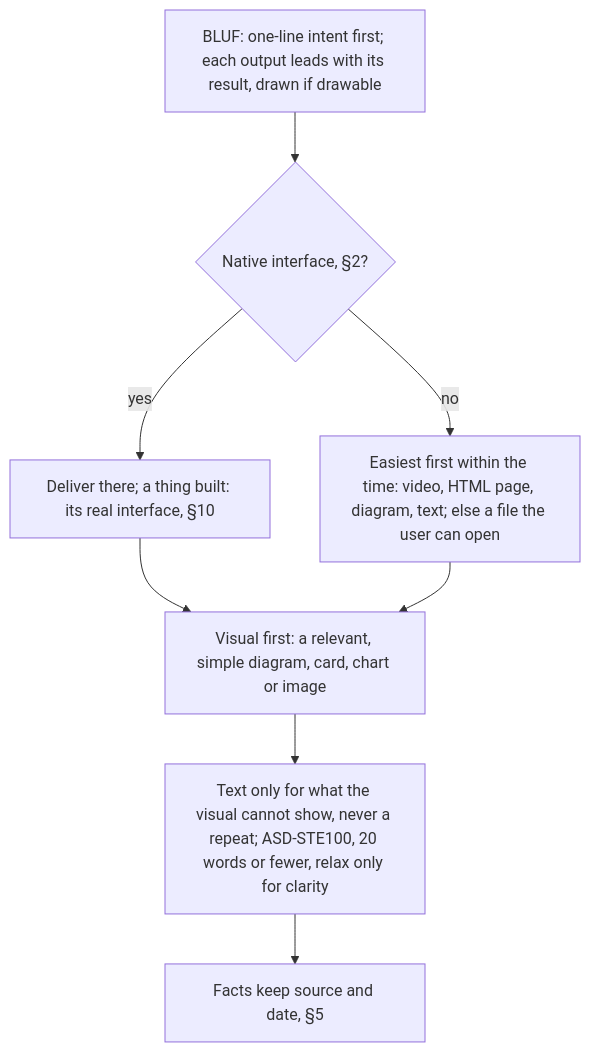
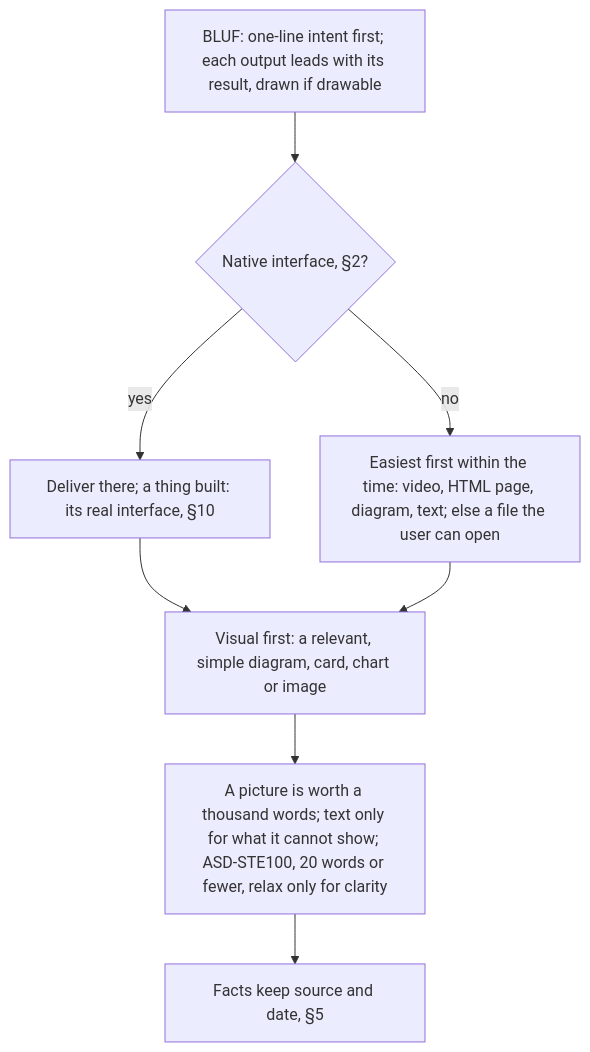
Diagram 12 of 14 in AGENTS.md (SolenixAI/arbiter), drawn with Mermaid before and after one commit. The commit also changed other lines of this file, not shown here.

First line of the commit message:
docs(agents): section 12 declares at once in the tracker; a picture is worth a thousand words (#24)

````diff
--- a/AGENTS.md
+++ b/AGENTS.md
@@ -485,10 +485,10 @@
 ```mermaid
 flowchart TD
   IL["BLUF: one-line intent first; each output leads with its result, drawn if drawable"] --> N{Native interface, §2?}
   N -->|yes| V["Deliver there; a thing built: its real interface, §10"]
   N -->|no| F["Easiest first within the time: video, HTML page, diagram, text; else a file the user can open"]
   V --> VF["Visual first: a relevant, simple diagram, card, chart or image"]
   F --> VF
-  VF --> T["Text only for what the visual cannot show, never a repeat; ASD-STE100, 20 words or fewer, relax only for clarity"]
+  VF --> T["A picture is worth a thousand words; text only for what it cannot show; ASD-STE100, 20 words or fewer, relax only for clarity"]
   T --> E["Facts keep source and date, §5"]
 ```
````
